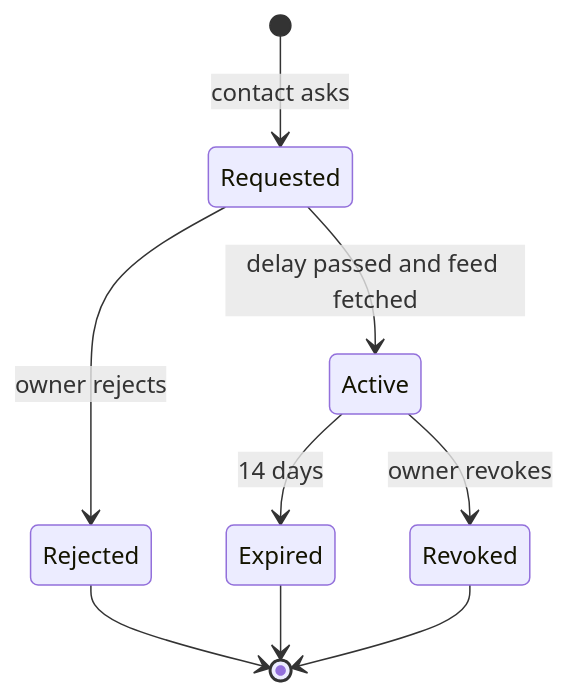
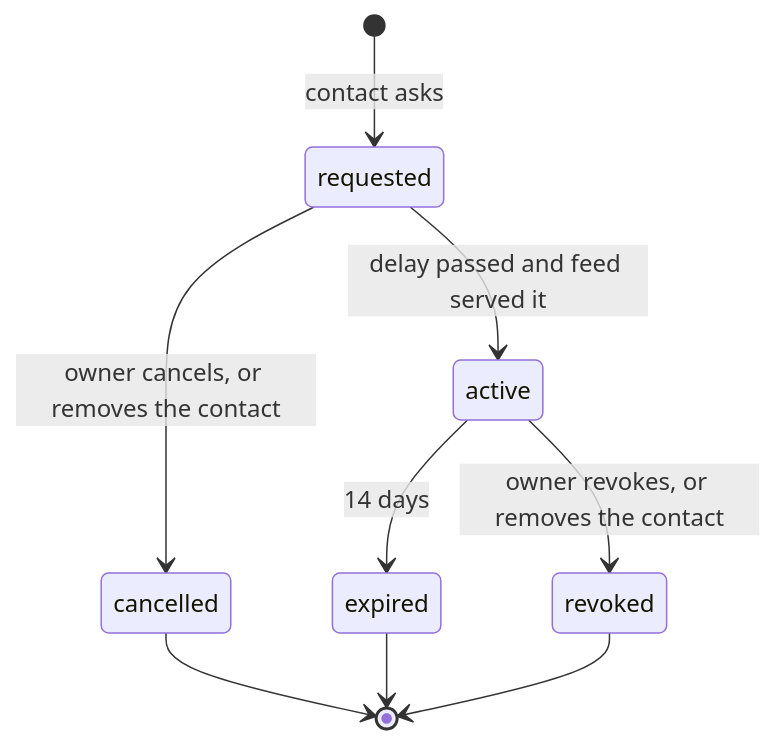
The second of 2 diagrams in docs/design/security-privacy.md (GeiserX/OwnHealth), drawn with Mermaid before and after one commit. The commit also changed other lines of this file and 2 other files, not shown here.

Commit message:
docs(break-glass): describe the request joined to the grant in the session, not a grant row

````diff
--- a/docs/design/security-privacy.md
+++ b/docs/design/security-privacy.md
@@ -213,11 +214,11 @@
 ```mermaid
 stateDiagram-v2
-  [*] --> Requested: contact asks
-  Requested --> Rejected: owner rejects
-  Requested --> Active: delay passed and feed fetched
-  Active --> Expired: 14 days
-  Active --> Revoked: owner revokes
-  Rejected --> [*]
-  Expired --> [*]
-  Revoked --> [*]
+  [*] --> requested: contact asks
+  requested --> cancelled: owner cancels, or removes the contact
+  requested --> active: delay passed and feed served it
+  active --> expired: 14 days
+  active --> revoked: owner revokes, or removes the contact
+  cancelled --> [*]
+  expired --> [*]
+  revoked --> [*]
 ```
````
